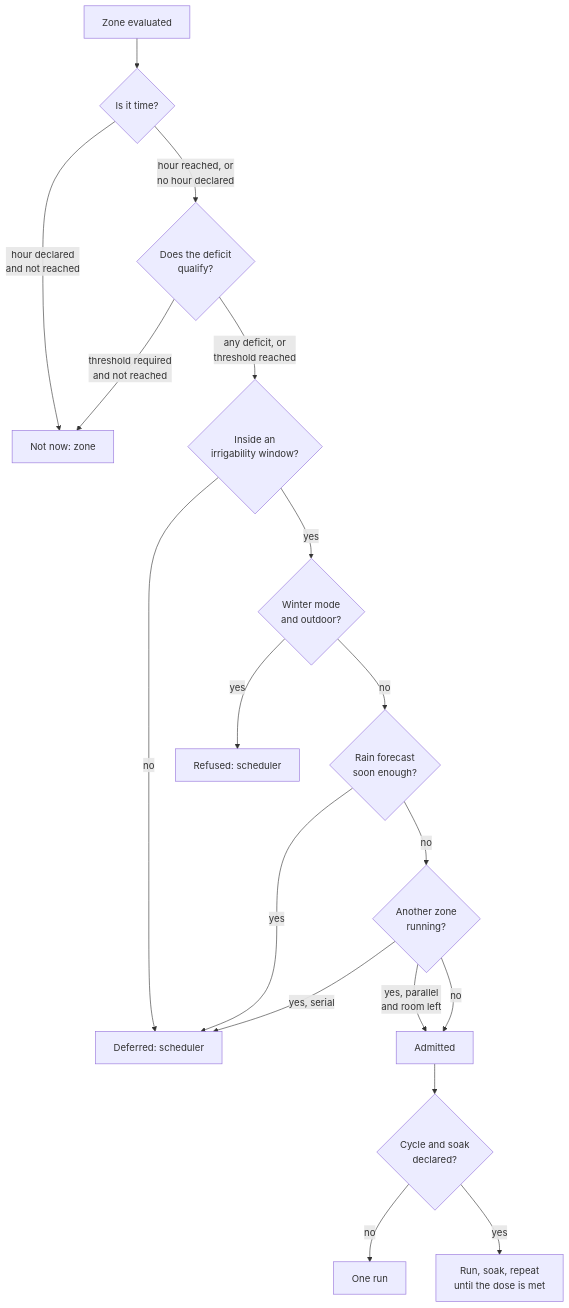
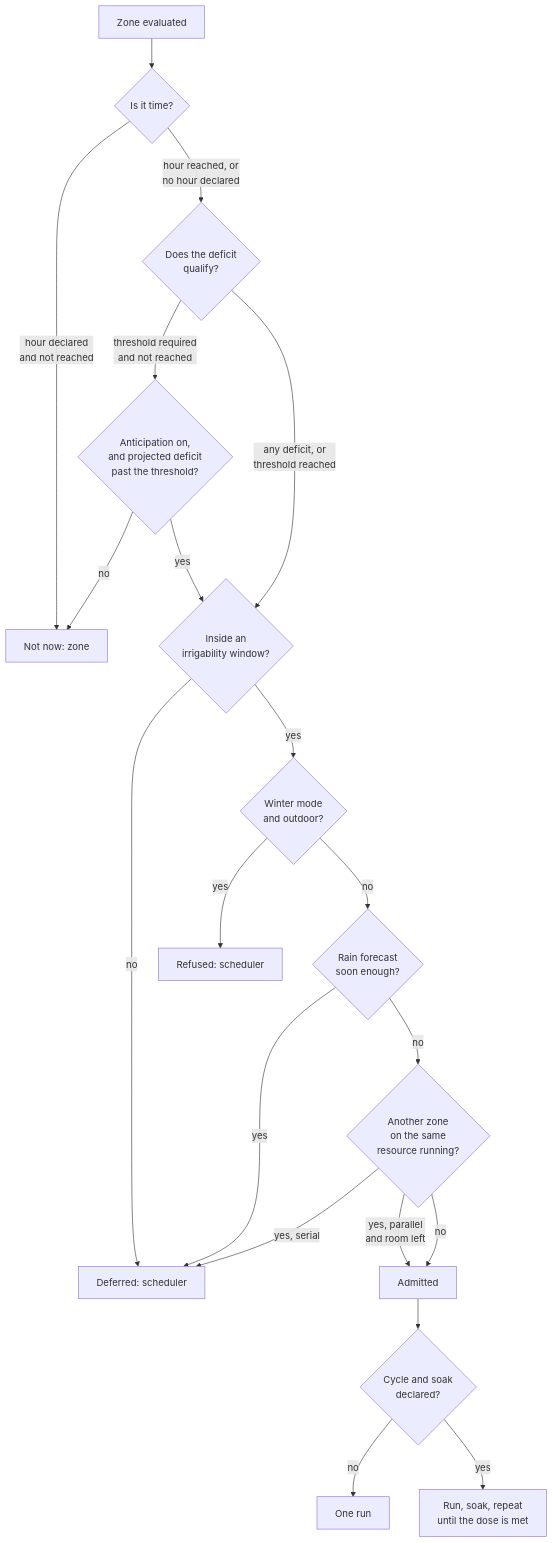
The diagram in docs/design/scheduler.md (MetheLittle/NeverDry), drawn with Mermaid before and after one commit. The commit also changed other lines of this file, not shown here.

First line of the commit message:
docs(scheduler): anticipation, and a shared resource you can declare

````diff
--- a/docs/design/scheduler.md
+++ b/docs/design/scheduler.md
@@ -545,20 +608,22 @@
 ```mermaid
 flowchart TD
     A[Zone evaluated] --> B{Is it time?}
     B -->|hour declared<br/>and not reached| X[Not now: zone]
     B -->|hour reached, or<br/>no hour declared| C{Does the deficit<br/>qualify?}
-    C -->|threshold required<br/>and not reached| X
-    C -->|any deficit, or<br/>threshold reached| F{Inside an<br/>irrigability window?}
+    C -->|threshold required<br/>and not reached| N{Anticipation on,<br/>and projected deficit<br/>past the threshold?}
+    C -->|any deficit, or<br/>threshold reached| F
+    N -->|no| X
+    N -->|yes| F{Inside an<br/>irrigability window?}
     F -->|no| Y[Deferred: scheduler]
     F -->|yes| G{Winter mode<br/>and outdoor?}
     G -->|yes| Z[Refused: scheduler]
     G -->|no| H{Rain forecast<br/>soon enough?}
     H -->|yes| Y
-    H -->|no| I{Another zone<br/>running?}
+    H -->|no| I{Another zone<br/>on the same<br/>resource running?}
     I -->|yes, serial| Y
     I -->|yes, parallel<br/>and room left| J
     I -->|no| J[Admitted]
     J --> K{Cycle and soak<br/>declared?}
     K -->|no| L[One run]
     K -->|yes| M[Run, soak, repeat<br/>until the dose is met]
 ```
````
